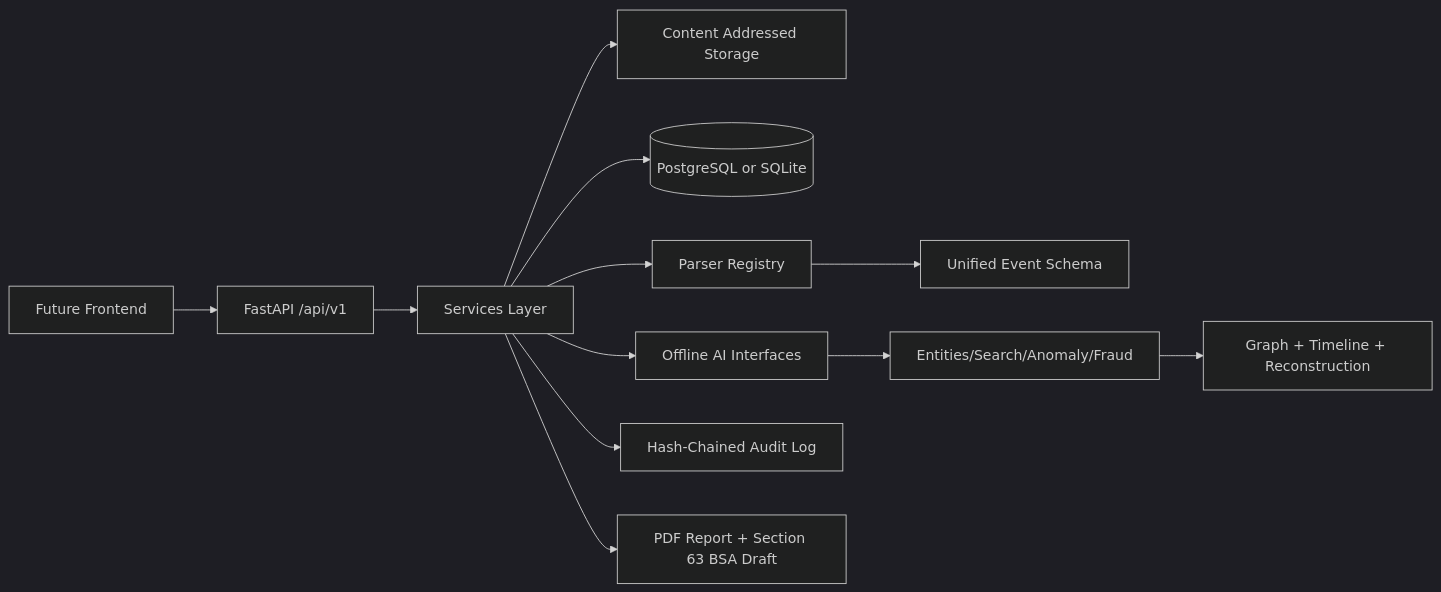
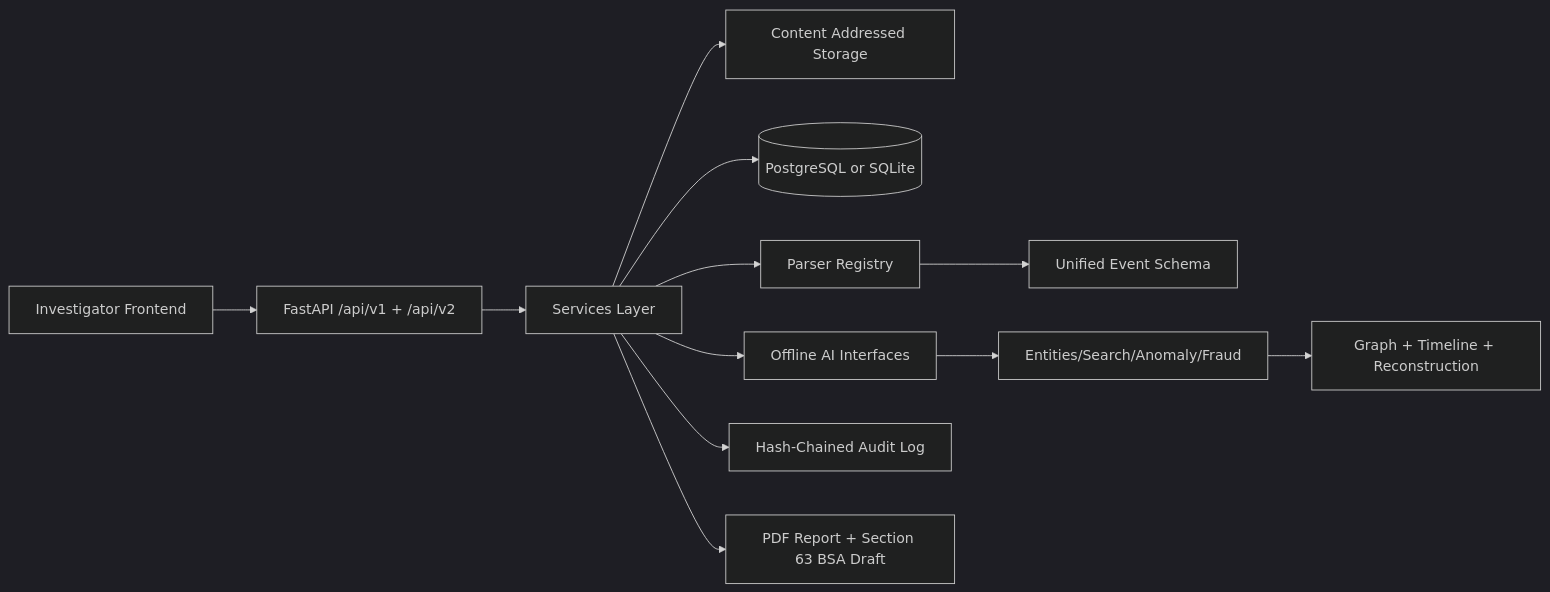
Before and after one commit to aakritixyz/parakh: the diagram in backend/README.md, drawn with Mermaid (dark theme). The commit also changed other lines of this file and 46 other files, not shown here.

````diff
--- a/backend/README.md
+++ b/backend/README.md
@@ -9,14 +9,14 @@
 ```mermaid
 flowchart LR
-  UI[Future Frontend] --> API[FastAPI /api/v1]
+  UI[Investigator Frontend] --> API[FastAPI /api/v1 + /api/v2]
   API --> Services[Services Layer]
   Services --> Storage[Content Addressed Storage]
   Services --> DB[(PostgreSQL or SQLite)]
   Services --> Parsers[Parser Registry]
   Services --> ML[Offline AI Interfaces]
   Parsers --> Events[Unified Event Schema]
   ML --> Entities[Entities/Search/Anomaly/Fraud]
   Entities --> Graph[Graph + Timeline + Reconstruction]
   Services --> Audit[Hash-Chained Audit Log]
   Services --> Reports[PDF Report + Section 63 BSA Draft]
 ```
````
